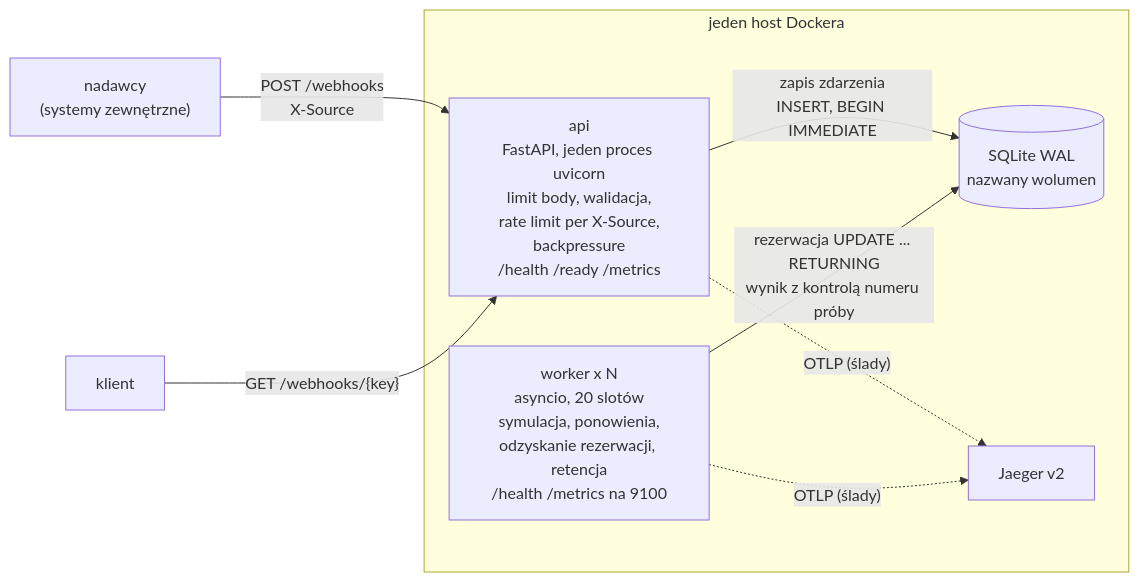
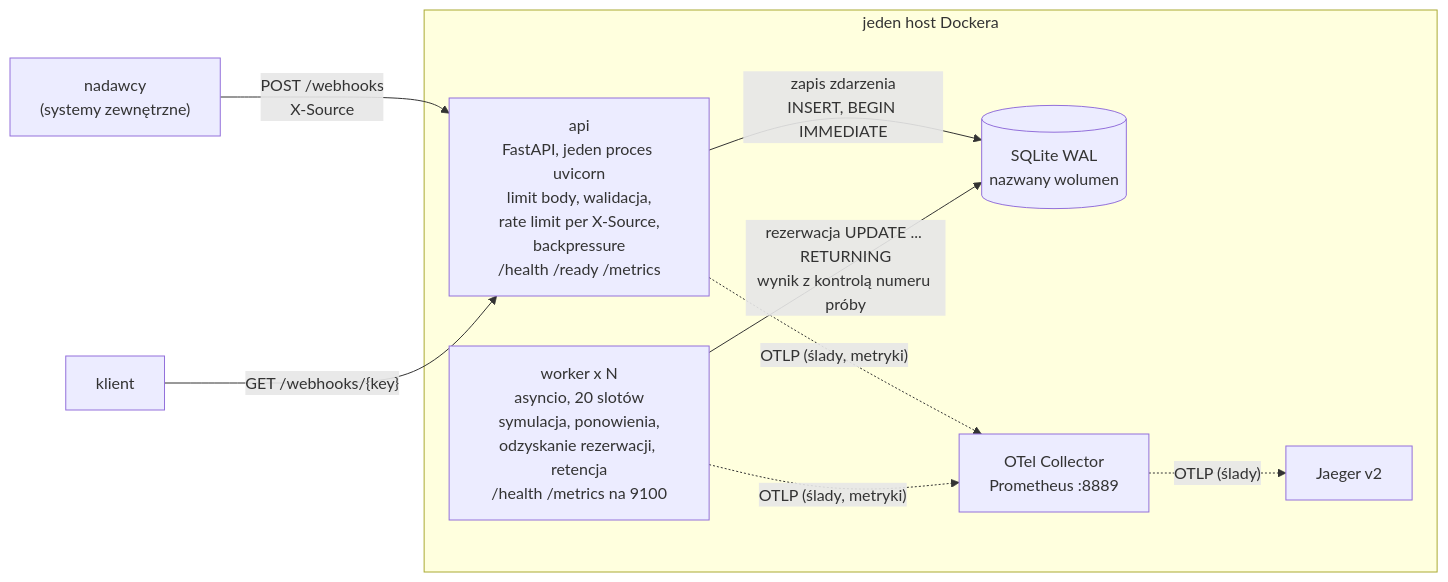
Before and after one commit to pksiazek/zadanie-webhook-receiver: the first of 2 diagrams in README.md, drawn with Mermaid. The commit also changed other lines of this file and 3 other files, not shown here.

````diff
--- a/README.md
+++ b/README.md
@@ -59,15 +59,17 @@
 ```mermaid
 flowchart LR
     S["nadawcy<br/>(systemy zewnętrzne)"] -- "POST /webhooks<br/>X-Source" --> API
     C["klient"] -- "GET /webhooks/{key}" --> API
     subgraph HOST["jeden host Dockera"]
         API["api<br/>FastAPI, jeden proces uvicorn<br/>limit body, walidacja,<br/>rate limit per X-Source,<br/>backpressure<br/>/health /ready /metrics"]
         DB[("SQLite WAL<br/>nazwany wolumen")]
         W["worker x N<br/>asyncio, 20 slotów<br/>symulacja, ponowienia,<br/>odzyskanie rezerwacji, retencja<br/>/health /metrics na 9100"]
+        OC["OTel Collector<br/>Prometheus :8889"]
         J["Jaeger v2"]
     end
     API -- "zapis zdarzenia<br/>INSERT, BEGIN IMMEDIATE" --> DB
     W -- "rezerwacja UPDATE ... RETURNING<br/>wynik z kontrolą numeru próby" --> DB
-    API -. "OTLP (ślady)" .-> J
-    W -. "OTLP (ślady)" .-> J
+    API -. "OTLP (ślady, metryki)" .-> OC
+    W -. "OTLP (ślady, metryki)" .-> OC
+    OC -. "OTLP (ślady)" .-> J
 ```
````
